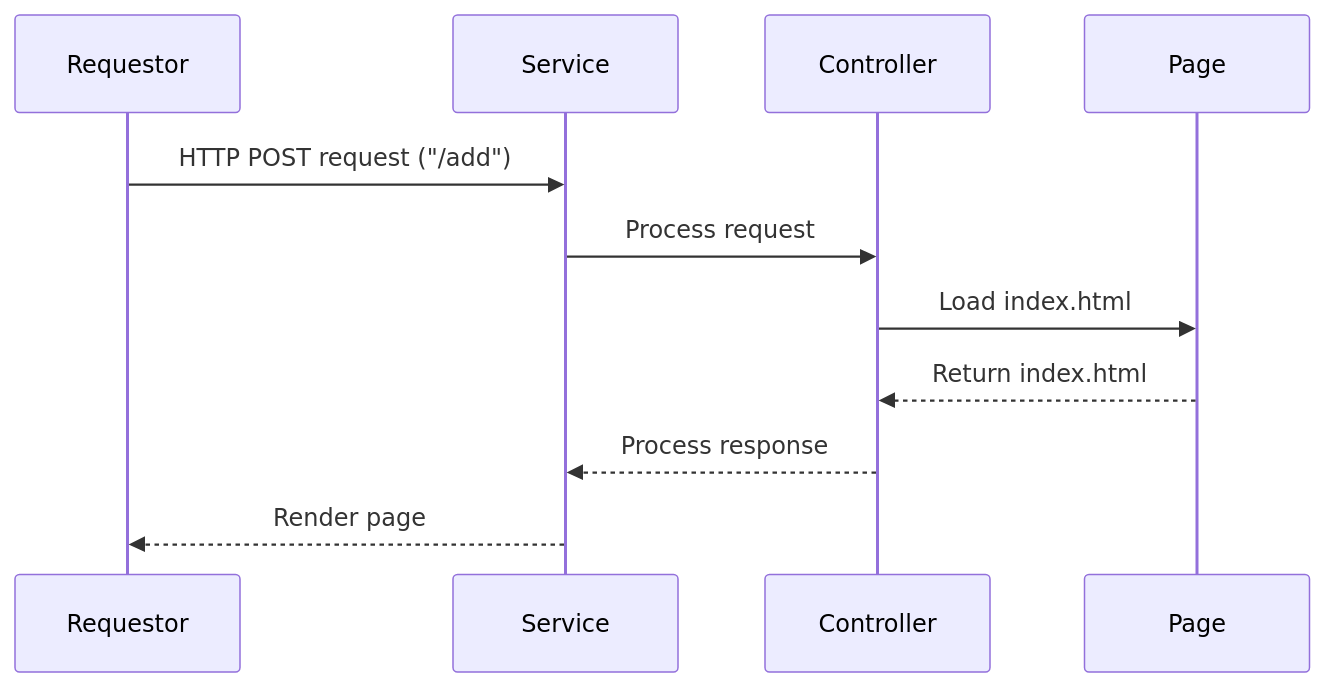
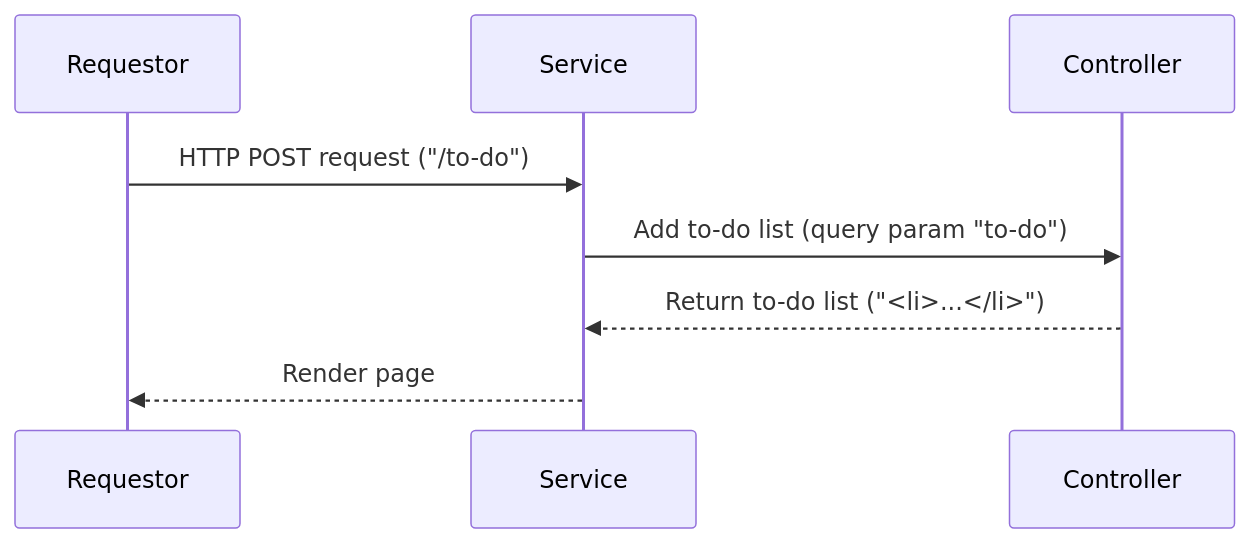
Before and after one commit to murtidaryandono/example-web-basic: the third of 4 diagrams in readme.md, drawn with Mermaid. The commit also changed other lines of this file and 3 other files, not shown here.

````diff
--- a/readme.md
+++ b/readme.md
@@ -106,13 +116,10 @@
      ```mermaid
      sequenceDiagram
      participant Requestor
      participant Service
      participant Controller
-     participant Page
-     Requestor ->> Service : HTTP POST request ("/add")
-     Service ->> Controller : Process request
-     Controller ->> Page : Load index.html
-     Page -->> Controller : Return index.html
-     Controller -->> Service : Process response
+     Requestor ->> Service : HTTP POST request ("/to-do")
+     Service ->> Controller : Add to-do list (query param "to-do")
+     Controller -->> Service : Return to-do list ("<li>...</li>")
      Service -->> Requestor : Render page
      ```
````
